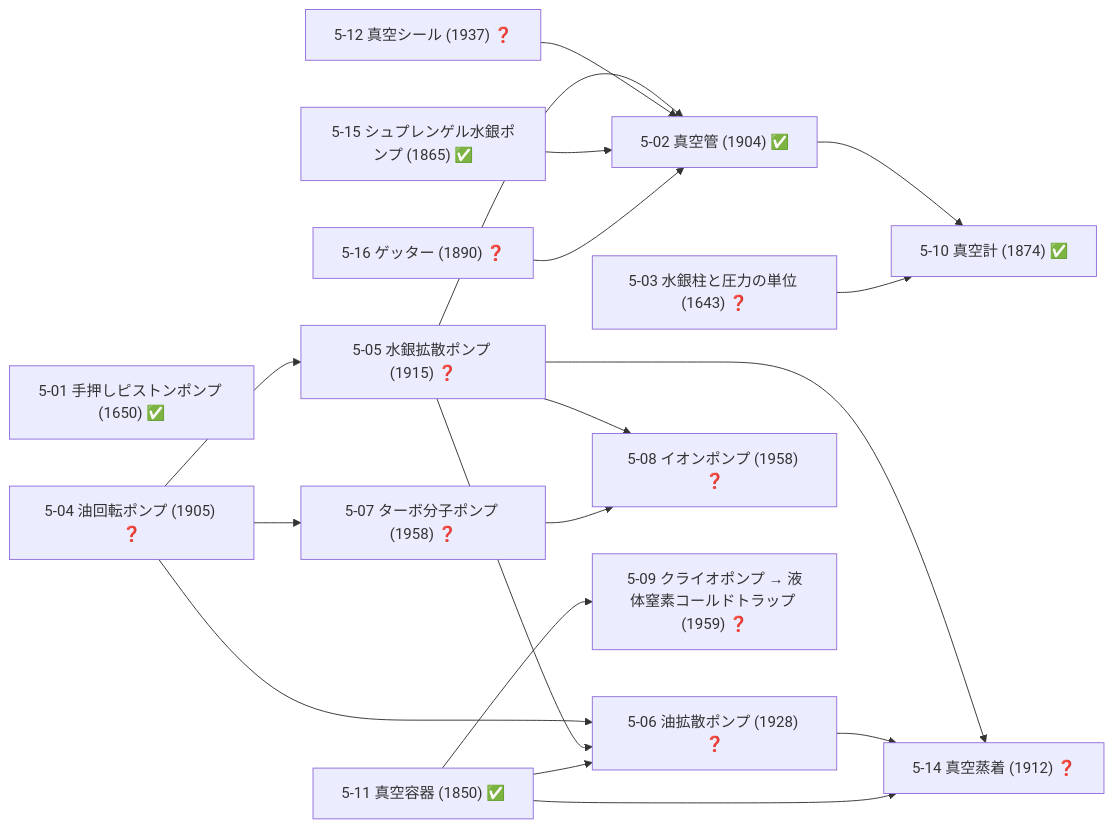
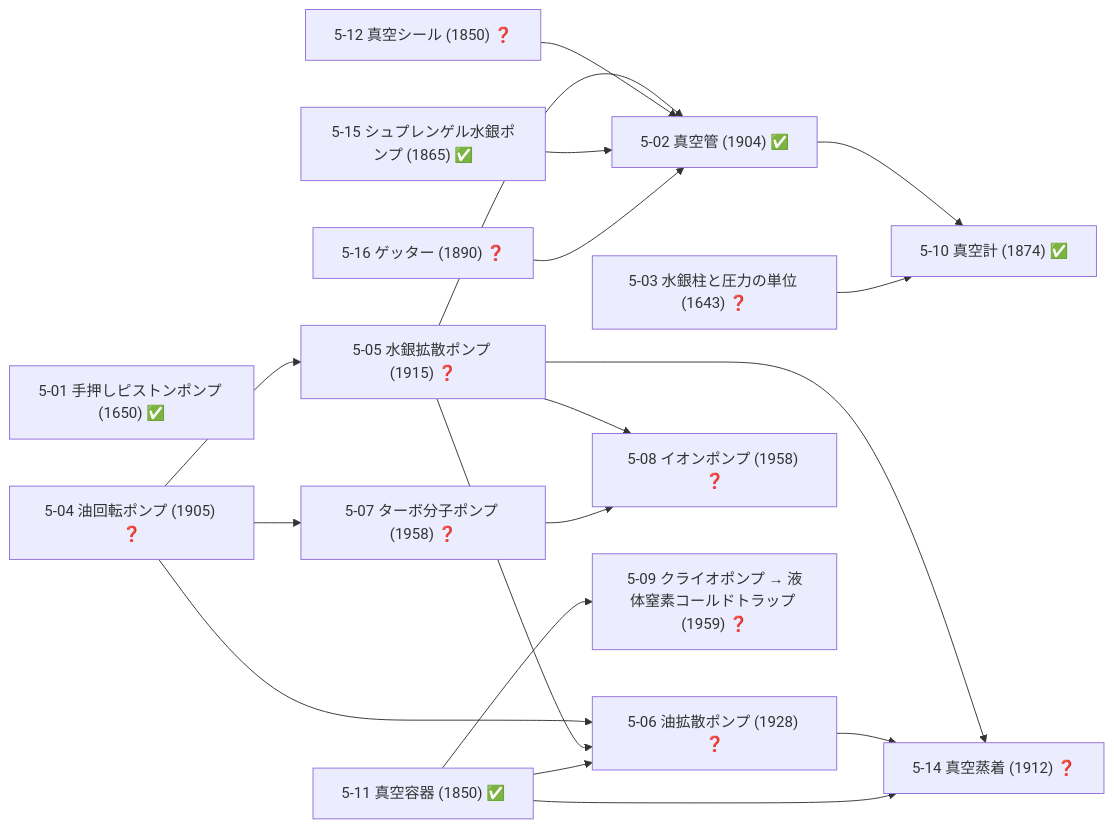
The eighth of 19 diagrams in docs/TECH_TREE_VIEW.md (taku3i0317-collab/semiconductor-lab), drawn with Mermaid before and after one commit. The commit also changed other lines of this file and 7 other files, not shown here.

````diff
--- a/docs/TECH_TREE_VIEW.md
+++ b/docs/TECH_TREE_VIEW.md
@@ -377,35 +378,35 @@
 ```mermaid
 graph LR
   n5_01["5-01 手押しピストンポンプ (1650) ✅"]
   n5_02["5-02 真空管 (1904) ✅"]
   n5_03["5-03 水銀柱と圧力の単位 (1643) ❓"]
   n5_04["5-04 油回転ポンプ (1905) ❓"]
   n5_05["5-05 水銀拡散ポンプ (1915) ❓"]
   n5_06["5-06 油拡散ポンプ (1928) ❓"]
   n5_07["5-07 ターボ分子ポンプ (1958) ❓"]
   n5_08["5-08 イオンポンプ (1958) ❓"]
   n5_09["5-09 クライオポンプ → 液体窒素コールドトラップ (1959) ❓"]
   n5_10["5-10 真空計 (1874) ✅"]
   n5_11["5-11 真空容器 (1850) ✅"]
-  n5_12["5-12 真空シール (1937) ❓"]
+  n5_12["5-12 真空シール (1850) ❓"]
   n5_14["5-14 真空蒸着 (1912) ❓"]
   n5_15["5-15 シュプレンゲル水銀ポンプ (1865) ✅"]
   n5_16["5-16 ゲッター (1890) ❓"]
   n5_05-->n5_02
   n5_12-->n5_02
   n5_15-->n5_02
   n5_16-->n5_02
   n5_04-->n5_05
   n5_04-->n5_06
   n5_05-->n5_06
   n5_11-->n5_06
   n5_04-->n5_07
   n5_05-->n5_08
   n5_07-->n5_08
   n5_11-->n5_09
   n5_02-->n5_10
   n5_03-->n5_10
   n5_05-->n5_14
   n5_06-->n5_14
   n5_11-->n5_14
 ```
````
